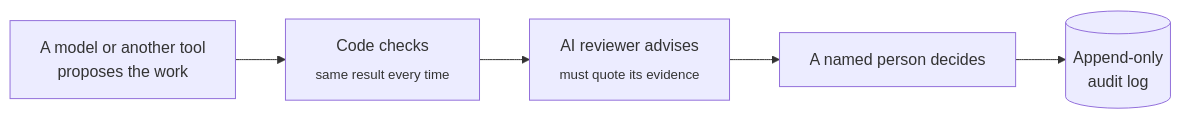
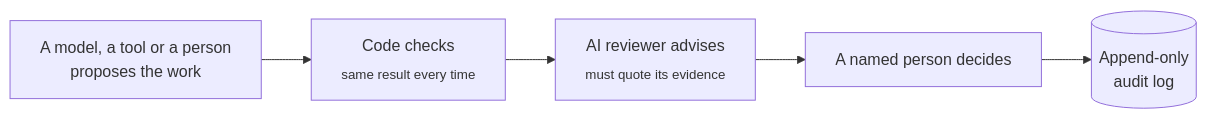
One commit to tomxander/zyn changed the diagram in README.md. Above: the diagram before and after it, drawn with Mermaid. The commit also changed other lines of this file and 126 other files, not shown here.

````diff
--- a/README.md
+++ b/README.md
@@ -90,7 +63,7 @@
 ```mermaid
 flowchart LR
-    A["A model or another tool<br/>proposes the work"] --> B["Code checks<br/><sub>same result every time</sub>"]
+    A["A model, a tool or a person<br/>proposes the work"] --> B["Code checks<br/><sub>same result every time</sub>"]
     B --> C["AI reviewer advises<br/><sub>must quote its evidence</sub>"]
     C --> D["A named person decides"]
     D --> E[("Append-only<br/>audit log")]
 ```
````
